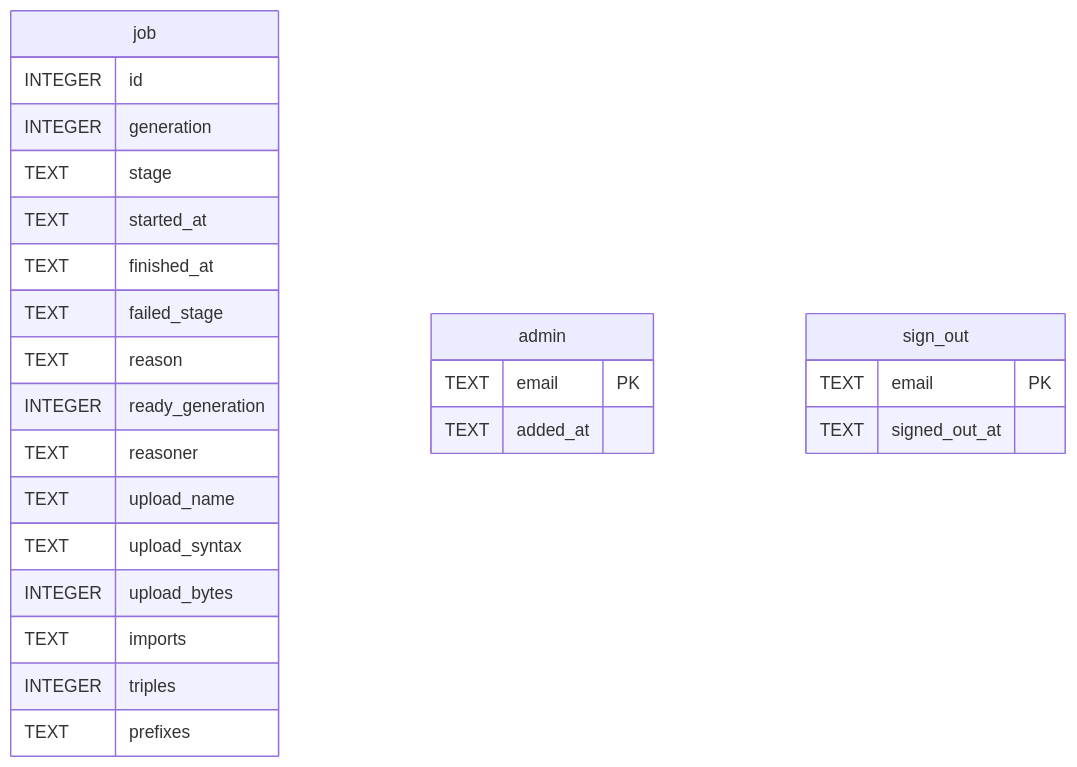
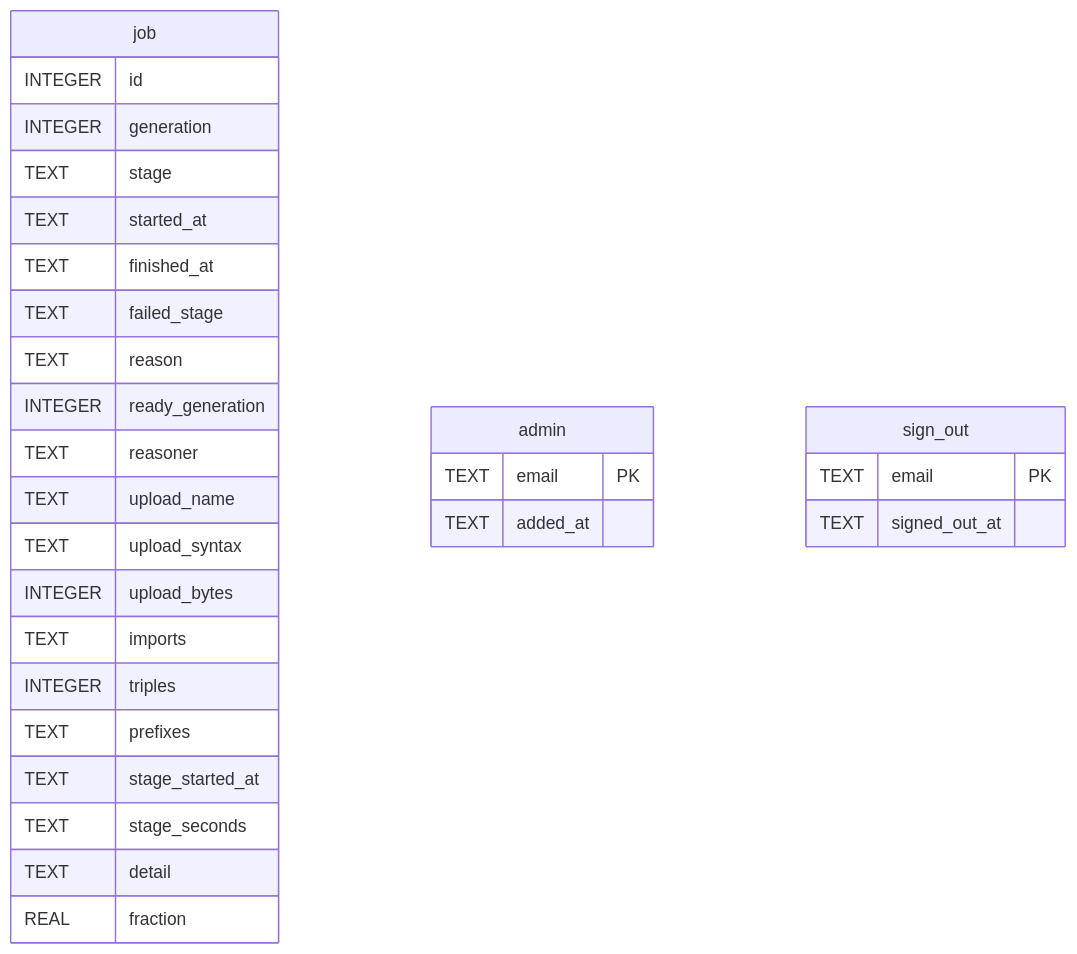
Before and after one commit to jclerman/browl: the diagram in docs/schema/state/README.md, drawn with Mermaid. The commit also changed other lines of this file and 5 other files, not shown here.

````diff
--- a/docs/schema/state/README.md
+++ b/docs/schema/state/README.md
@@ -20,30 +20,34 @@
 ```mermaid
 erDiagram
 
 
 "job" {
   INTEGER id
   INTEGER generation
   TEXT stage
   TEXT started_at
   TEXT finished_at
   TEXT failed_stage
   TEXT reason
   INTEGER ready_generation
   TEXT reasoner
   TEXT upload_name
   TEXT upload_syntax
   INTEGER upload_bytes
   TEXT imports
   INTEGER triples
   TEXT prefixes
+  TEXT stage_started_at
+  TEXT stage_seconds
+  TEXT detail
+  REAL fraction
 }
 "admin" {
   TEXT email PK
   TEXT added_at
 }
 "sign_out" {
   TEXT email PK
   TEXT signed_out_at
 }
 ```
````
